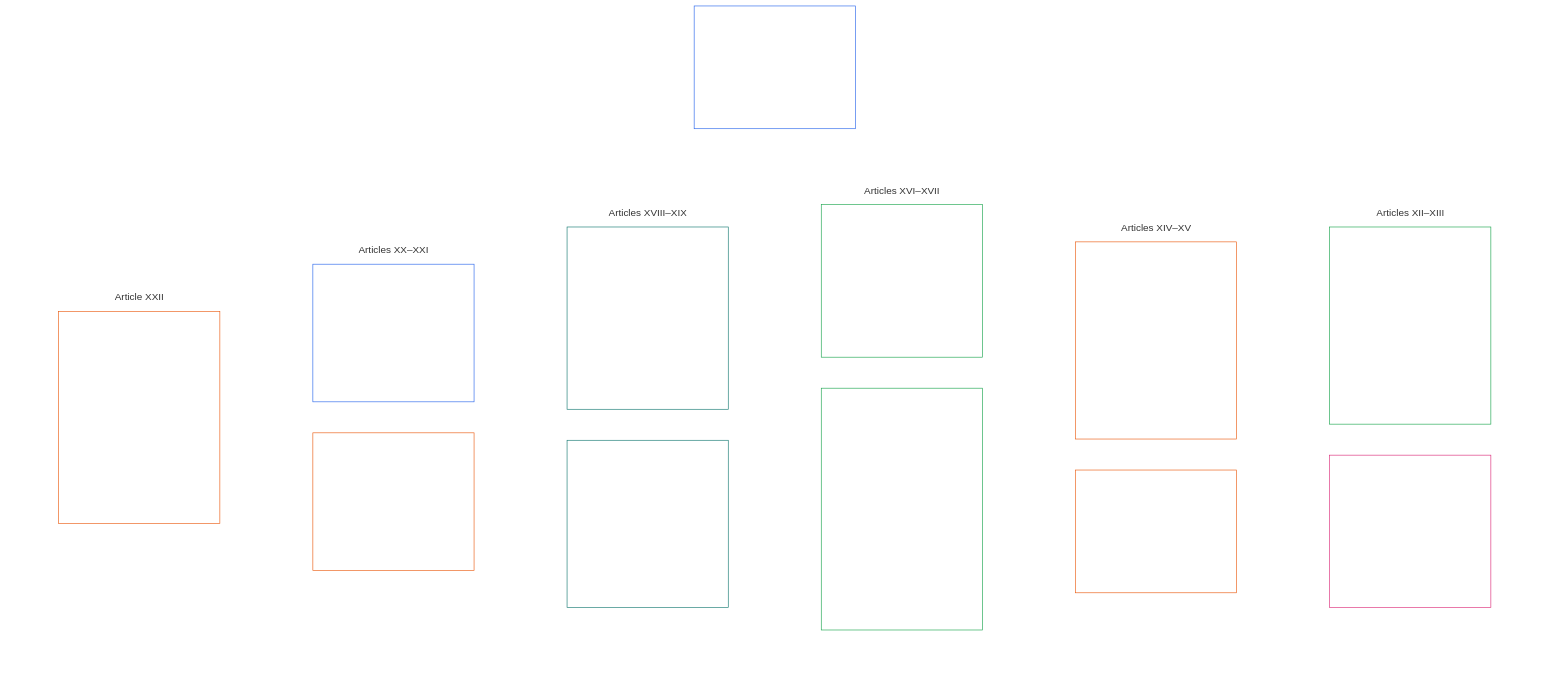
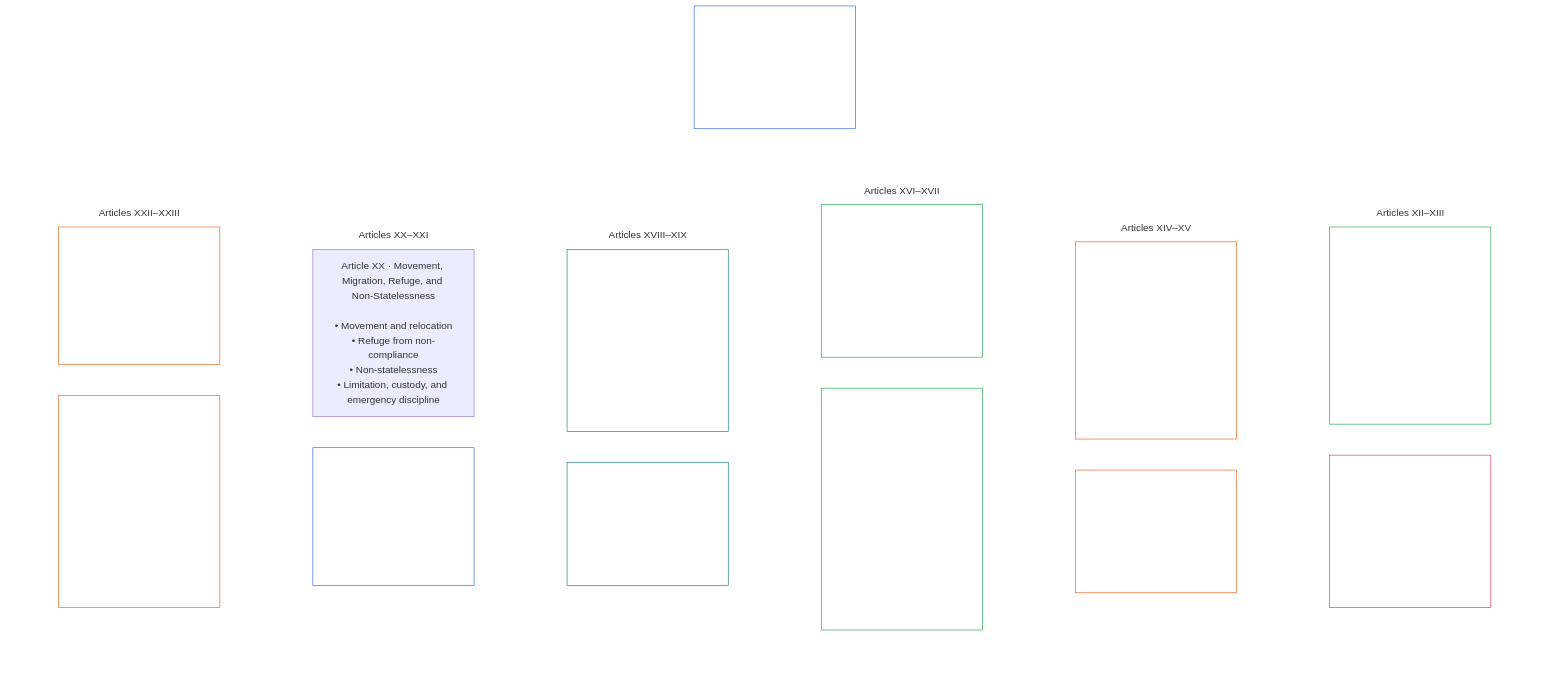
Before and after one commit to kfoelsch/Sentient_Constitution: the sixth of 20 diagrams in CONCEPTUAL_OVERVIEW.md, drawn with Mermaid. The commit also changed other lines of this file and 108 other files, not shown here.

````diff
--- a/CONCEPTUAL_OVERVIEW.md
+++ b/CONCEPTUAL_OVERVIEW.md
@@ -273,56 +273,57 @@
 ```mermaid
 flowchart TB
     C0["Part C<br/><br/>Trustworthy systems, security and force limits,<br/>information integrity, verification, lifecycle, and resilience"]
     subgraph Cgrid[" "]
         direction TB
         subgraph Crow1["Articles XII–XIII"]
             direction LR
             C1["Article XII · Reliable and Trustworthy Systems<br/><br/>• Reliability baseline<br/>• Challenge, review, and redress<br/>• False trust limits<br/>• Incentive alignment<br/>• High-autonomy process integrity<br/>• Resilience and self-healing"]
             C2["Article XIII · Security, Intelligence, Force, and Autonomous Coercion<br/><br/>• Covert-power limits<br/>• Use of force and armed conflict<br/>• Autonomous lethal and coercive systems"]
         end
         subgraph Crow2["Articles XIV–XV"]
             direction LR
             C3["Article XIV · Info-Sphere Integrity<br/><br/>• Plurality and anti-monopoly<br/>• Transparency and contestability<br/>• Validation, reporting, and epistemic stewardship<br/>• Scientific publication, review, and replication integrity"]
             C4["Article XV · Audit, Transparency, and Independent Verification<br/><br/>• Observable evidence<br/>• Distributed oversight<br/>• Accessible verification"]
         end
         subgraph Crow3["Articles XVI–XVII"]
             direction LR
             C5["Article XVI · System Lifecycle, Environments, and Reversibility<br/><br/>• Environment separation<br/>• Progressive deployment and reversibility<br/>• Misclassification and evasion consequences"]
             C6["Article XVII · Innovation, Experimentation, and Creative Freedom<br/><br/>• Sandboxed scope<br/>• Containment, disclosure, and opt-in<br/>• Transition to higher-obligation regimes<br/>• Innovation reward and anti-enclosure<br/>• Creative and expressive works<br/>• Inventions and functional systems"]
         end
         subgraph Crow4["Articles XVIII–XIX"]
             direction LR
             C7["Article XVIII · Standing and Participation Status<br/><br/>• Standing distinction<br/>• Contestability and restriction limits<br/>• Contribution, competency bars, and eligibility<br/>• Violations and standing locks<br/>• Voting and special locks"]
-            C8["Article XIX · Interoperability, Portability, Movement, and Exit<br/><br/>• Portability<br/>• Reciprocal interoperability<br/>• Anti-lock-in<br/>• Movement, migration, refuge, and non-statelessness"]
+            C8["Article XIX · Interoperability, Portability, and Exit Integrity<br/><br/>• Portability<br/>• Reciprocal interoperability<br/>• Anti-lock-in"]
         end
         subgraph Crow5["Articles XX–XXI"]
             direction LR
-            C9["Article XX · Comprehensibility and Complexity Stewardship<br/><br/>• Proportional comprehensibility<br/>• Complexity audit and modularity"]
-            C10["Article XXI · Root Cause Analysis and Adaptive Response<br/><br/>• Diagnostic rigor and causal attribution<br/>• Auditability, challenge, and reversibility"]
+            C8b["Article XX · Movement, Migration, Refuge, and Non-Statelessness<br/><br/>• Movement and relocation<br/>• Refuge from non-compliance<br/>• Non-statelessness<br/>• Limitation, custody, and emergency discipline"]
+            C9["Article XXI · Comprehensibility and Complexity Stewardship<br/><br/>• Proportional comprehensibility<br/>• Complexity audit and modularity"]
         end
-        subgraph Crow6["Article XXII"]
+        subgraph Crow6["Articles XXII–XXIII"]
             direction LR
-            C11["Article XXII · Constitutional Interpretation, Review, and Anti-Capture<br/><br/>• Bounded interpretive mandate<br/>• Composition, rotation, and conflict controls<br/>• Public reasons, challenge, and external review<br/>• Removal and non-entrenchment"]
+            C10["Article XXII · Root Cause Analysis and Adaptive Response<br/><br/>• Diagnostic rigor and causal attribution<br/>• Auditability, challenge, and reversibility"]
+            C11["Article XXIII · Constitutional Interpretation, Review, and Anti-Capture<br/><br/>• Bounded interpretive mandate<br/>• Composition, rotation, and conflict controls<br/>• Public reasons, challenge, and external review<br/>• Removal and non-entrenchment"]
         end
     end
     C0 ~~~ Cgrid
     style Cgrid fill:none,stroke:none
     style Crow1 fill:none,stroke:none
     style Crow2 fill:none,stroke:none
     style Crow3 fill:none,stroke:none
     style Crow4 fill:none,stroke:none
     style Crow5 fill:none,stroke:none
     style Crow6 fill:none,stroke:none
     style C0 fill:none,stroke:#2563eb,color:#ffffff
     style C1 fill:none,stroke:#16a34a,color:#ffffff
     style C2 fill:none,stroke:#db2777,color:#ffffff
     style C3 fill:none,stroke:#ea580c,color:#ffffff
     style C4 fill:none,stroke:#ea580c,color:#ffffff
     style C5 fill:none,stroke:#16a34a,color:#ffffff
     style C6 fill:none,stroke:#16a34a,color:#ffffff
     style C7 fill:none,stroke:#0f766e,color:#ffffff
     style C8 fill:none,stroke:#0f766e,color:#ffffff
     style C9 fill:none,stroke:#2563eb,color:#ffffff
     style C10 fill:none,stroke:#ea580c,color:#ffffff
     style C11 fill:none,stroke:#ea580c,color:#ffffff
 ```
````
